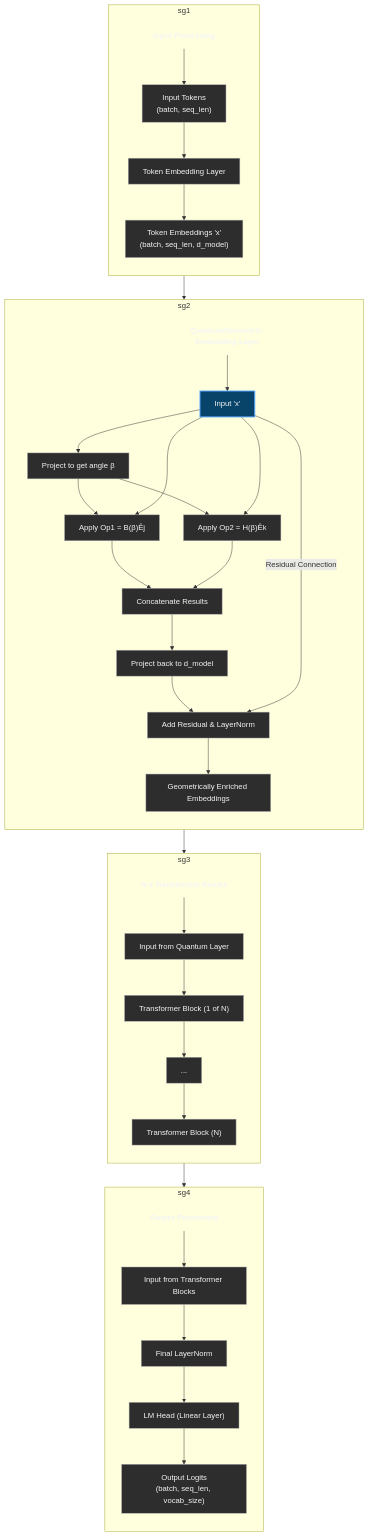
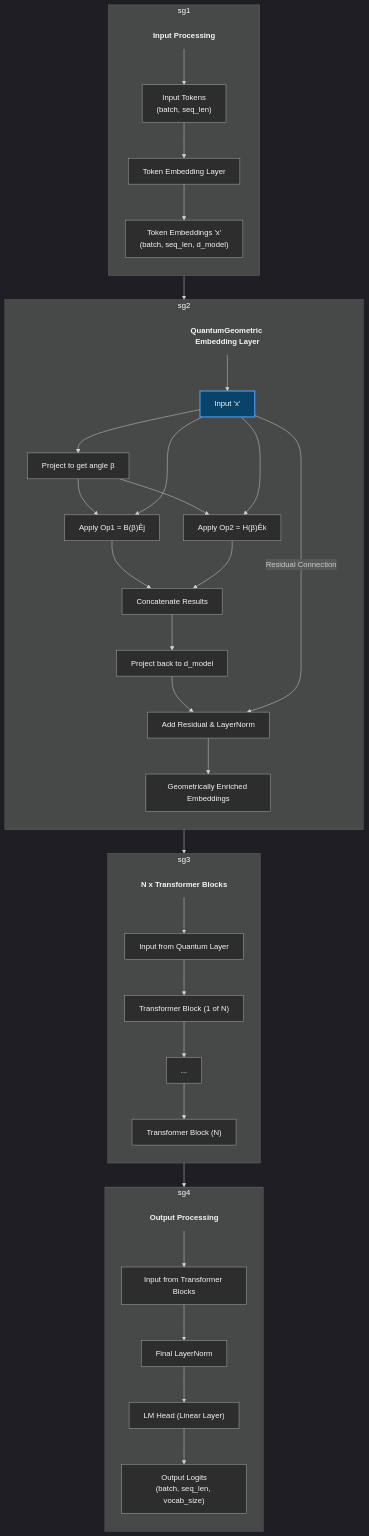
The diagram in README.md (bhargavpatel431997/Quantum-Inspired-Complex-QIC-Transformer), drawn with Mermaid before and after one commit.

````diff
--- a/README.md
+++ b/README.md
@@ -23,4 +23,5 @@
-```mermaid%%{init: {'theme': 'dark'}}%%
+```mermaid
+%%{init: {'theme': 'dark'}}%%
 graph TD
     %% --- 1. Define Nodes ---
     A["Input Tokens<br/>(batch, seq_len)"];
````
